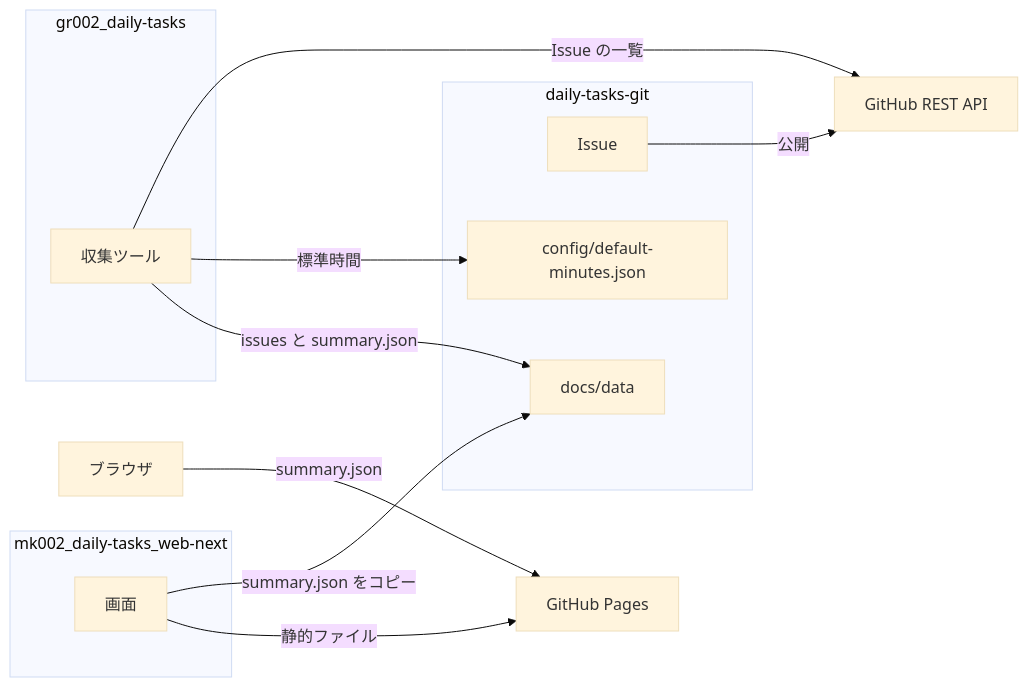
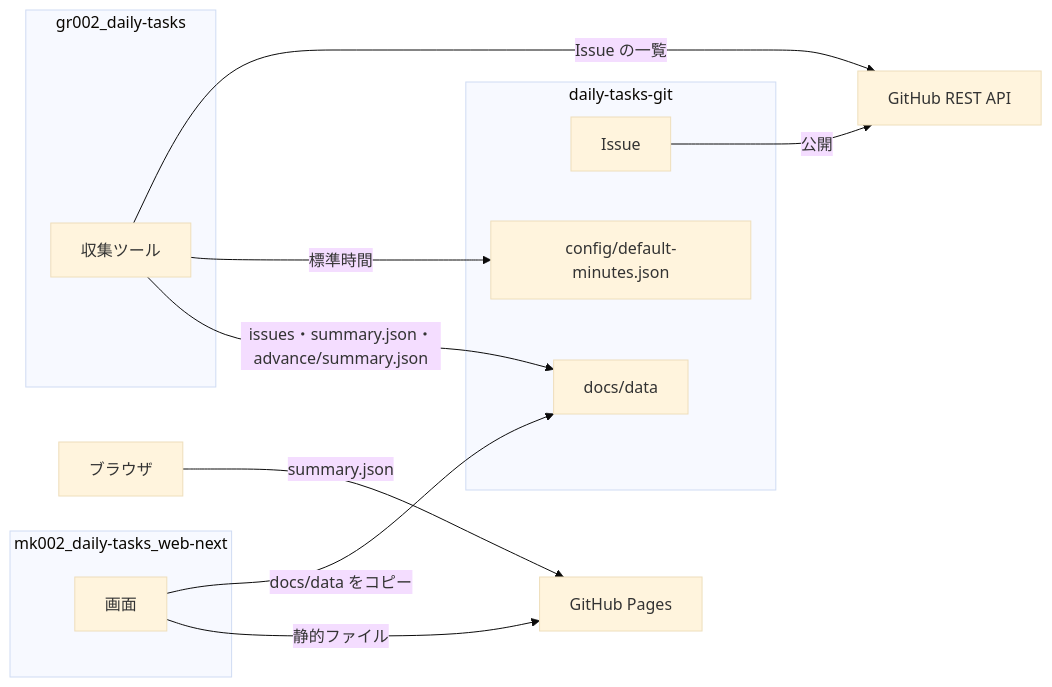
One commit to KenichiroArai/kb002_daily-tasks_doc changed the second of 3 diagrams in docs/overview.md. Above: the diagram before and after it, drawn with Mermaid (base theme). The commit also changed other lines of this file and 16 other files, not shown here.

````diff
--- a/docs/overview.md
+++ b/docs/overview.md
@@ -51,25 +51,25 @@
 ```mermaid
 flowchart LR
   subgraph gitRepo [daily-tasks-git]
     issues["Issue"]
     configFile["config/default-minutes.json"]
     dataDir["docs/data"]
   end
   subgraph collector [gr002_daily-tasks]
     command["収集ツール"]
   end
   subgraph web [mk002_daily-tasks_web-next]
     site["画面"]
   end
   githubApi["GitHub REST API"]
   pages["GitHub Pages"]
   browser["ブラウザ"]
 
   issues -->|"公開"| githubApi
   command -->|"Issue の一覧"| githubApi
   command -->|"標準時間"| configFile
-  command -->|"issues と summary.json"| dataDir
-  site -->|"summary.json をコピー"| dataDir
+  command -->|"issues・summary.json・advance/summary.json"| dataDir
+  site -->|"docs/data をコピー"| dataDir
   site -->|"静的ファイル"| pages
   browser -->|"summary.json"| pages
 ```
````
